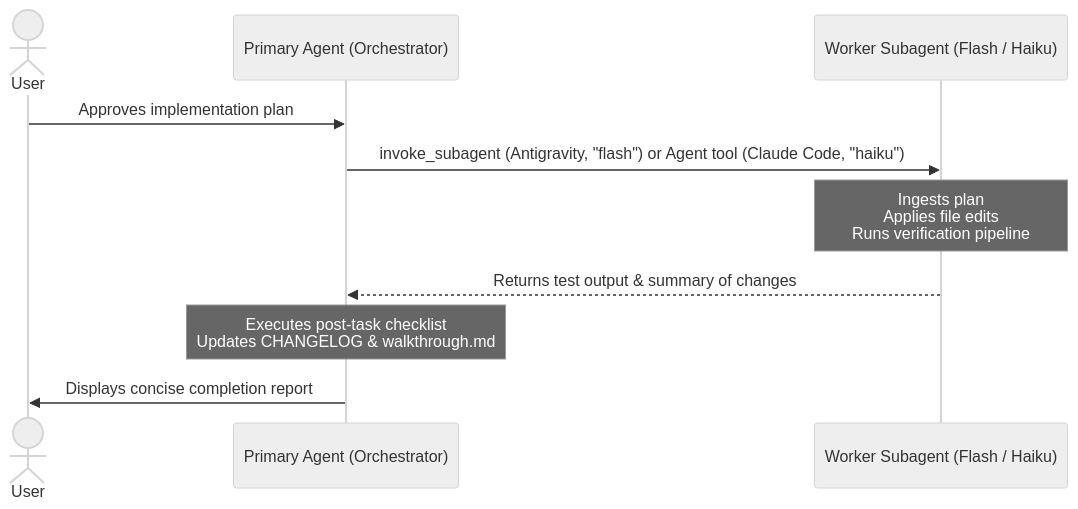
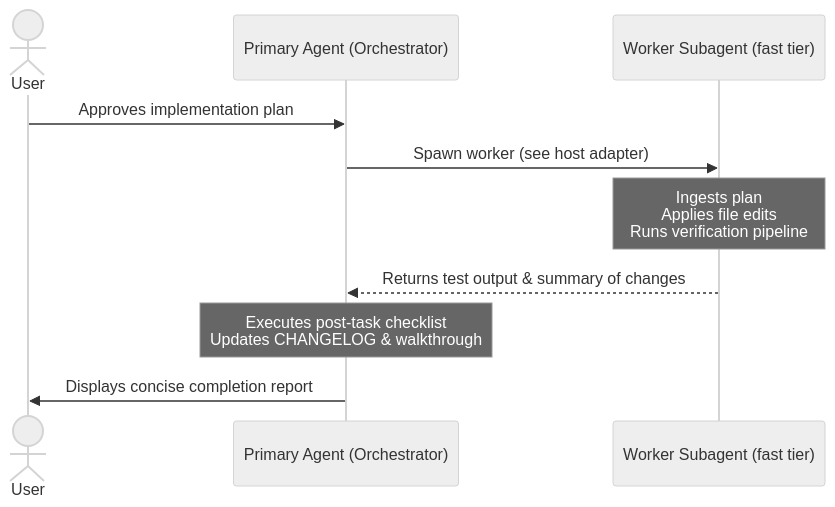
The diagram in .agents/skills/execute-plan/SKILL.md (SteveRodrigue/MCD), drawn with Mermaid (neutral theme) before and after one commit. The commit also changed other lines of this file and 30 other files, not shown here.

````diff
--- a/.agents/skills/execute-plan/SKILL.md
+++ b/.agents/skills/execute-plan/SKILL.md
@@ -25,13 +33,13 @@
 ```mermaid
 sequenceDiagram
     actor User
     participant Primary as Primary Agent (Orchestrator)
-    participant Subagent as Worker Subagent (Flash / Haiku)
+    participant Subagent as Worker Subagent (fast tier)
 
     User->>Primary: Approves implementation plan
-    Primary->>Subagent: invoke_subagent (Antigravity, "flash") or Agent tool (Claude Code, "haiku")
+    Primary->>Subagent: Spawn worker (see host adapter)
     Note over Subagent: Ingests plan<br/>Applies file edits<br/>Runs verification pipeline
     Subagent-->>Primary: Returns test output & summary of changes
-    Note over Primary: Executes post-task checklist<br/>Updates CHANGELOG & walkthrough.md
+    Note over Primary: Executes post-task checklist<br/>Updates CHANGELOG & walkthrough
     Primary->>User: Displays concise completion report
 ```
````
